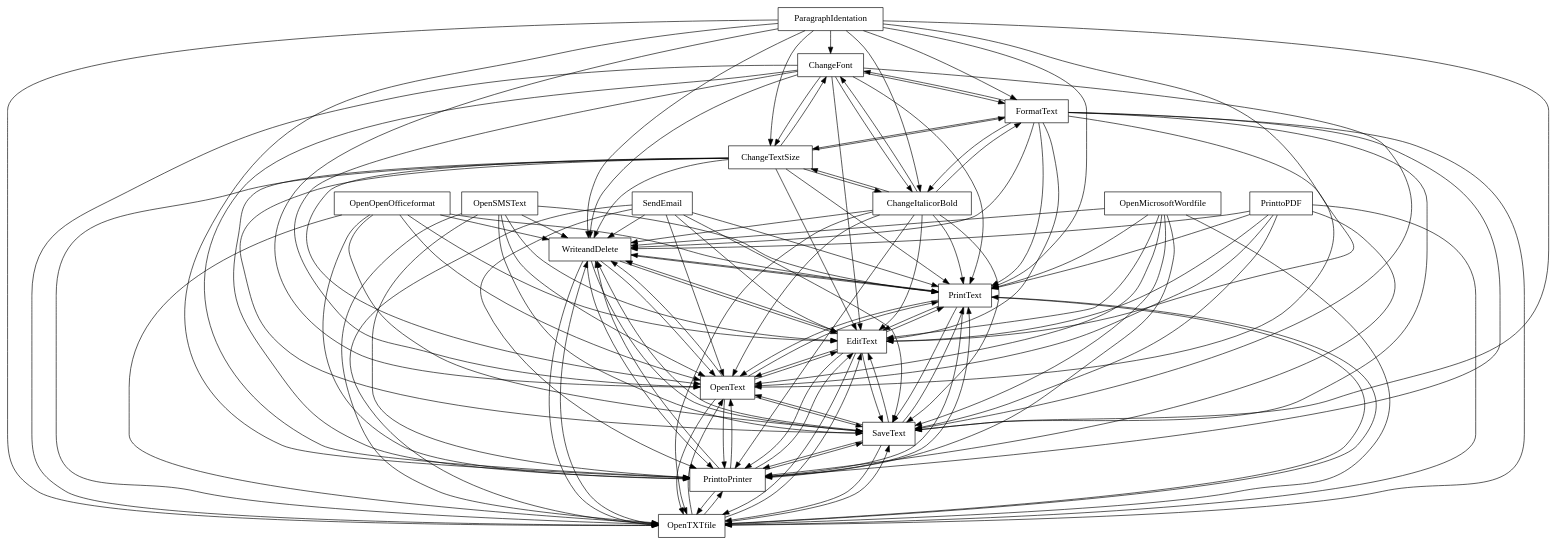
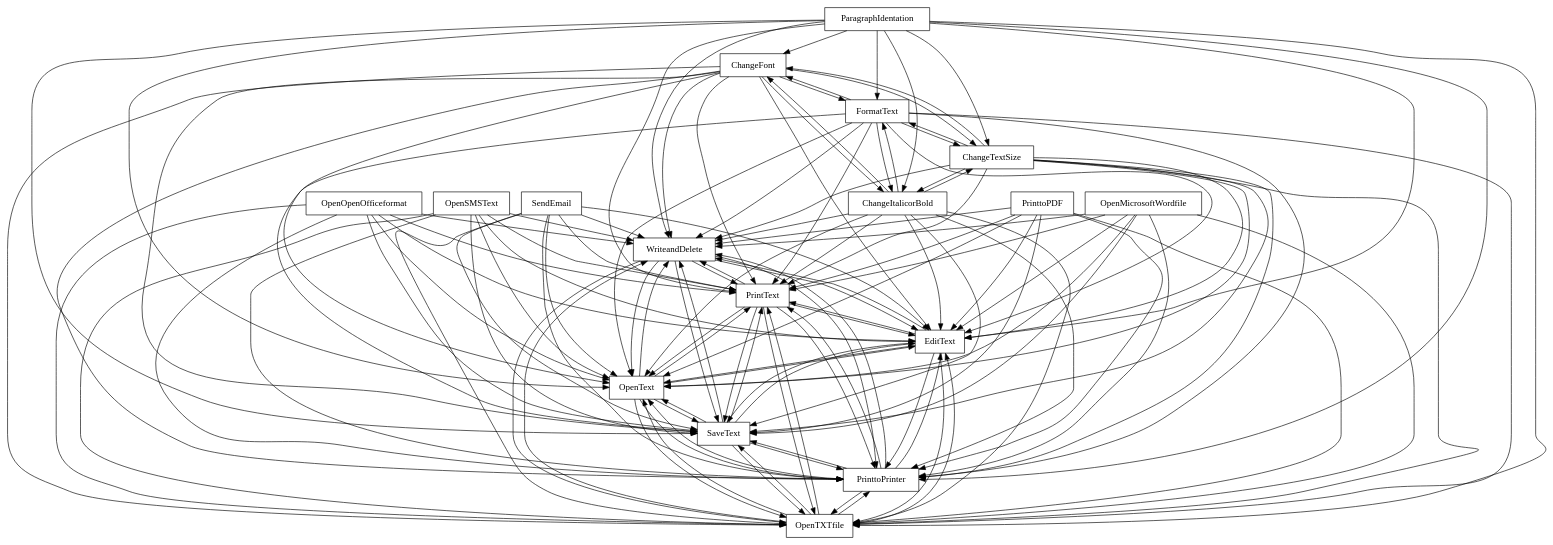
Before and after one commit to FAMILIAR-project/familiar-language: the diagram in FAMILIAR/output/SPLOT-big/fm_153_model_20120328_810464459.xml.dot, drawn with Graphviz. The commit also changed 110 other files, not shown here.

```diff
--- a/FAMILIAR/output/SPLOT-big/fm_153_model_20120328_810464459.xml.dot
+++ b/FAMILIAR/output/SPLOT-big/fm_153_model_20120328_810464459.xml.dot
@@ -1,150 +1,150 @@
 digraph{
 graph [rankdir=TB];
 node [shape=box];
 edge [arrowhead=normal];
 0[label="ChangeFont",]
 1[label="FormatText",]
-2[label="ParagraphIdentation",]
-3[label="PrintText",]
+2[label="PrintText",]
+3[label="ParagraphIdentation",]
 4[label="ChangeTextSize",]
 5[label="EditText",]
 6[label="SendEmail",]
-7[label="OpenTXTfile",]
-8[label="OpenSMSText",]
-9[label="OpenMicrosoftWordfile",]
-10[label="PrinttoPrinter",]
+7[label="OpenSMSText",]
+8[label="OpenTXTfile",]
+9[label="PrinttoPrinter",]
+10[label="OpenMicrosoftWordfile",]
 11[label="SaveText",]
 12[label="ChangeItalicorBold",]
 13[label="OpenText",]
 14[label="OpenOpenOfficeformat",]
 15[label="PrinttoPDF",]
 16[label="WriteandDelete",]
 0->1[label="",]
-0->3[label="",]
+0->2[label="",]
 0->4[label="",]
 0->5[label="",]
-0->7[label="",]
-0->10[label="",]
+0->8[label="",]
+0->9[label="",]
 0->11[label="",]
 0->12[label="",]
 0->13[label="",]
 0->16[label="",]
 1->0[label="",]
-1->3[label="",]
+1->2[label="",]
 1->4[label="",]
 1->5[label="",]
-1->7[label="",]
-1->10[label="",]
+1->8[label="",]
+1->9[label="",]
 1->11[label="",]
 1->12[label="",]
 1->13[label="",]
 1->16[label="",]
-2->0[label="",]
-2->1[label="",]
-2->3[label="",]
-2->4[label="",]
 2->5[label="",]
-2->7[label="",]
-2->10[label="",]
+2->8[label="",]
+2->9[label="",]
 2->11[label="",]
-2->12[label="",]
 2->13[label="",]
 2->16[label="",]
+3->0[label="",]
+3->1[label="",]
+3->2[label="",]
+3->4[label="",]
 3->5[label="",]
-3->7[label="",]
-3->10[label="",]
+3->8[label="",]
+3->9[label="",]
 3->11[label="",]
+3->12[label="",]
 3->13[label="",]
 3->16[label="",]
 4->0[label="",]
 4->1[label="",]
-4->3[label="",]
+4->2[label="",]
 4->5[label="",]
-4->7[label="",]
-4->10[label="",]
+4->8[label="",]
+4->9[label="",]
 4->11[label="",]
 4->12[label="",]
 4->13[label="",]
 4->16[label="",]
-5->3[label="",]
-5->7[label="",]
-5->10[label="",]
+5->2[label="",]
+5->8[label="",]
+5->9[label="",]
 5->11[label="",]
 5->13[label="",]
 5->16[label="",]
-6->3[label="",]
+6->2[label="",]
 6->5[label="",]
-6->7[label="",]
-6->10[label="",]
+6->8[label="",]
+6->9[label="",]
 6->11[label="",]
 6->13[label="",]
 6->16[label="",]
-7->3[label="",]
+7->2[label="",]
 7->5[label="",]
-7->10[label="",]
+7->8[label="",]
+7->9[label="",]
 7->11[label="",]
 7->13[label="",]
 7->16[label="",]
-8->3[label="",]
+8->2[label="",]
 8->5[label="",]
-8->7[label="",]
-8->10[label="",]
+8->9[label="",]
 8->11[label="",]
 8->13[label="",]
 8->16[label="",]
-9->3[label="",]
+9->2[label="",]
 9->5[label="",]
-9->7[label="",]
-9->10[label="",]
+9->8[label="",]
 9->11[label="",]
 9->13[label="",]
 9->16[label="",]
-10->3[label="",]
+10->2[label="",]
 10->5[label="",]
-10->7[label="",]
+10->8[label="",]
+10->9[label="",]
 10->11[label="",]
 10->13[label="",]
 10->16[label="",]
-11->3[label="",]
+11->2[label="",]
 11->5[label="",]
-11->7[label="",]
-11->10[label="",]
+11->8[label="",]
+11->9[label="",]
 11->13[label="",]
 11->16[label="",]
 12->0[label="",]
 12->1[label="",]
-12->3[label="",]
+12->2[label="",]
 12->4[label="",]
 12->5[label="",]
-12->7[label="",]
-12->10[label="",]
+12->8[label="",]
+12->9[label="",]
 12->11[label="",]
 12->13[label="",]
 12->16[label="",]
-13->3[label="",]
+13->2[label="",]
 13->5[label="",]
-13->7[label="",]
-13->10[label="",]
+13->8[label="",]
+13->9[label="",]
 13->11[label="",]
 13->16[label="",]
-14->3[label="",]
+14->2[label="",]
 14->5[label="",]
-14->7[label="",]
-14->10[label="",]
+14->8[label="",]
+14->9[label="",]
 14->11[label="",]
 14->13[label="",]
 14->16[label="",]
-15->3[label="",]
+15->2[label="",]
 15->5[label="",]
-15->7[label="",]
-15->10[label="",]
+15->8[label="",]
+15->9[label="",]
 15->11[label="",]
 15->13[label="",]
 15->16[label="",]
-16->3[label="",]
+16->2[label="",]
 16->5[label="",]
-16->7[label="",]
-16->10[label="",]
+16->8[label="",]
+16->9[label="",]
 16->11[label="",]
 16->13[label="",]
 }
```
